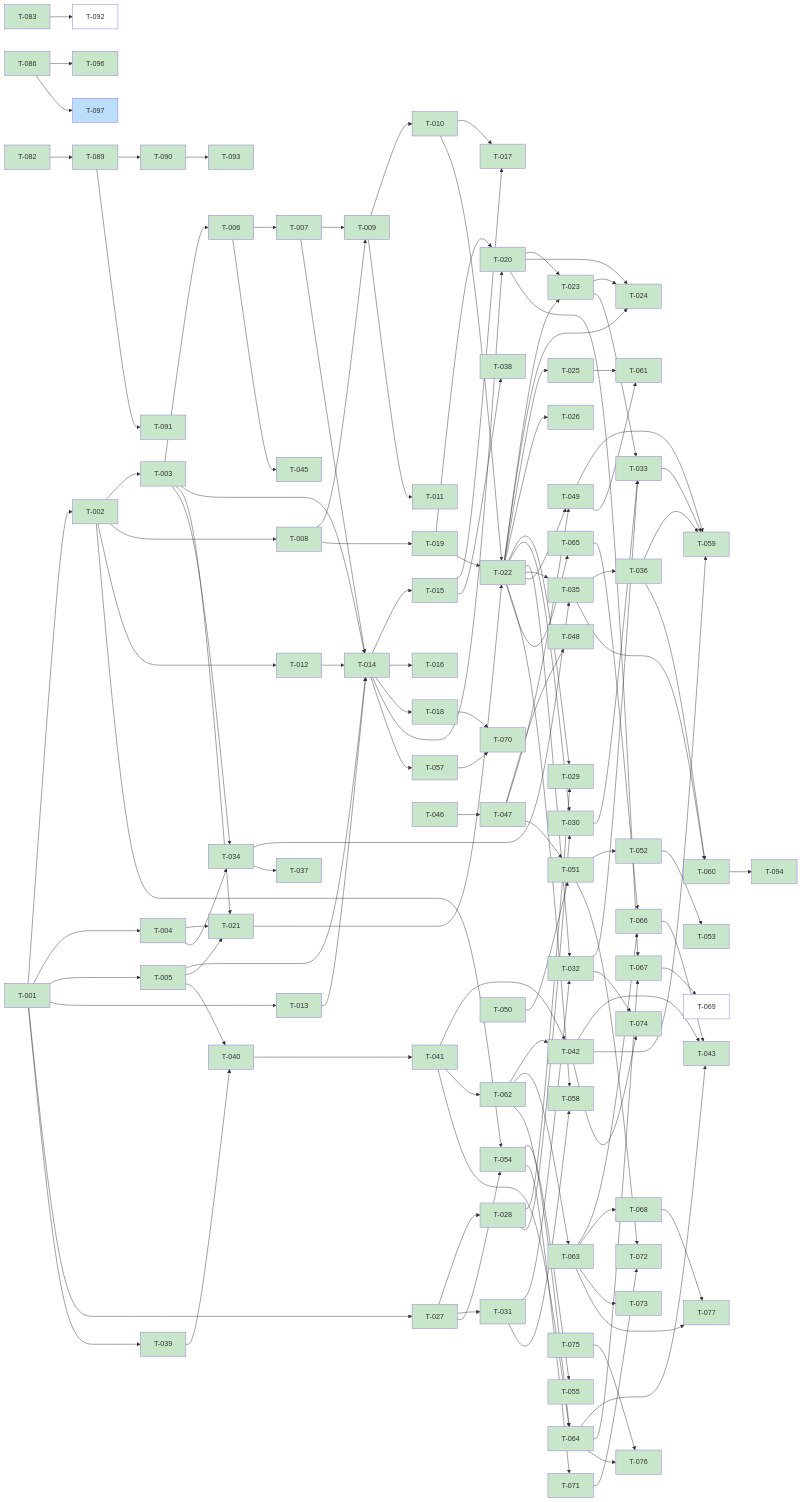
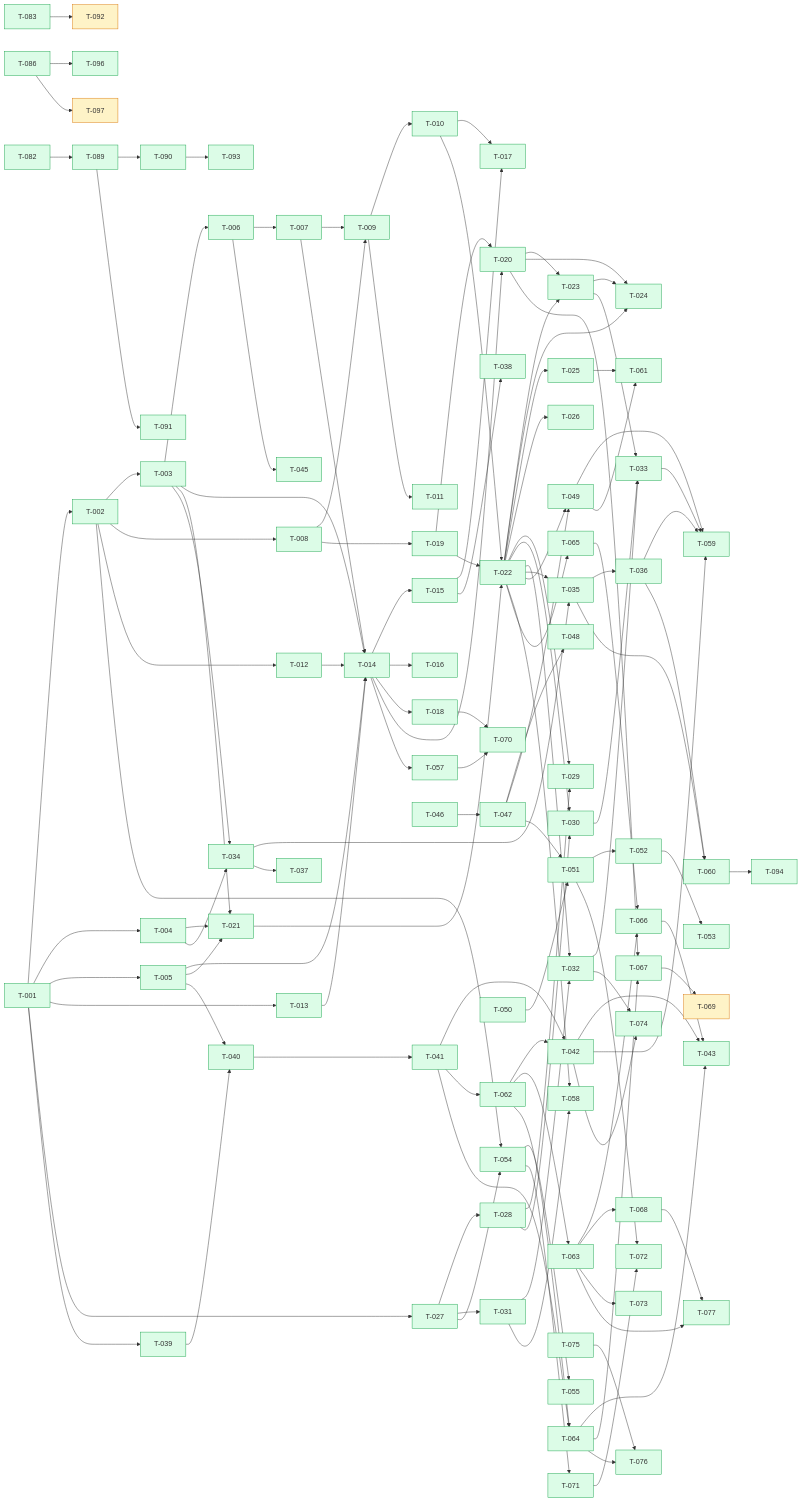
One commit to scholtz/biatec-chat changed the diagram in kanban/BOARD.md. Above: the diagram before and after it, drawn with Mermaid. The commit also changed other lines of this file and 3 other files, not shown here.

````diff
--- a/kanban/BOARD.md
+++ b/kanban/BOARD.md
@@ -254,12 +254,107 @@
   T060[T-060] --> T094[T-094]
   T086[T-086] --> T096[T-096]
   T086[T-086] --> T097[T-097]
-  classDef done fill:#c8e6c9
-  classDef review fill:#fff9c4
-  classDef inprogress fill:#bbdefb
-  classDef backlog fill:#ffffff
-  classDef blocked fill:#eeeeee
-  class T001,T002,T003,T004,T005,T006,T007,T008,T009,T010,T011,T012,T013,T014,T015,T016,T017,T018,T019,T020,T021,T022,T023,T024,T025,T026,T027,T028,T029,T030,T031,T032,T033,T034,T035,T036,T037,T038,T039,T040,T041,T042,T043,T044,T045,T046,T047,T048,T049,T050,T051,T052,T053,T054,T055,T056,T057,T058,T059,T060,T061,T062,T063,T064,T065,T066,T067,T068,T070,T071,T072,T073,T074,T075,T076,T077,T078,T079,T080,T081,T082,T083,T084,T086,T087,T088,T089,T090,T091,T093,T094,T095,T096 done
-  class T097 inprogress
-  class T069,T085,T092 backlog
+  classDef backlog fill:#dbeafe,stroke:#2563eb
+  classDef prog fill:#fef3c7,stroke:#d97706
+  classDef blocked fill:#fee2e2,stroke:#dc2626
+  classDef review fill:#ede9fe,stroke:#7c3aed
+  classDef done fill:#dcfce7,stroke:#16a34a
+  class T001 done
+  class T002 done
+  class T003 done
+  class T004 done
+  class T005 done
+  class T006 done
+  class T007 done
+  class T008 done
+  class T009 done
+  class T010 done
+  class T011 done
+  class T012 done
+  class T013 done
+  class T014 done
+  class T015 done
+  class T016 done
+  class T017 done
+  class T018 done
+  class T019 done
+  class T020 done
+  class T021 done
+  class T022 done
+  class T023 done
+  class T024 done
+  class T025 done
+  class T026 done
+  class T027 done
+  class T028 done
+  class T029 done
+  class T030 done
+  class T031 done
+  class T032 done
+  class T033 done
+  class T034 done
+  class T035 done
+  class T036 done
+  class T037 done
+  class T038 done
+  class T039 done
+  class T040 done
+  class T041 done
+  class T042 done
+  class T043 done
+  class T044 done
+  class T045 done
+  class T046 done
+  class T047 done
+  class T048 done
+  class T049 done
+  class T050 done
+  class T051 done
+  class T052 done
+  class T053 done
+  class T054 done
+  class T055 done
+  class T056 done
+  class T057 done
+  class T058 done
+  class T059 done
+  class T060 done
+  class T061 done
+  class T062 done
+  class T063 done
+  class T064 done
+  class T065 done
+  class T066 done
+  class T067 done
+  class T068 done
+  class T069 prog
+  class T070 done
+  class T071 done
+  class T072 done
+  class T073 done
+  class T074 done
+  class T075 done
+  class T076 done
+  class T077 done
+  class T078 done
+  class T079 done
+  class T080 done
+  class T081 done
+  class T082 done
+  class T083 done
+  class T084 done
+  class T085 prog
+  class T086 done
+  class T087 done
+  class T088 done
+  class T089 done
+  class T090 done
+  class T091 done
+  class T092 prog
+  class T093 done
+  class T094 done
+  class T095 done
+  class T096 done
+  class T097 prog
+
 ```
````
